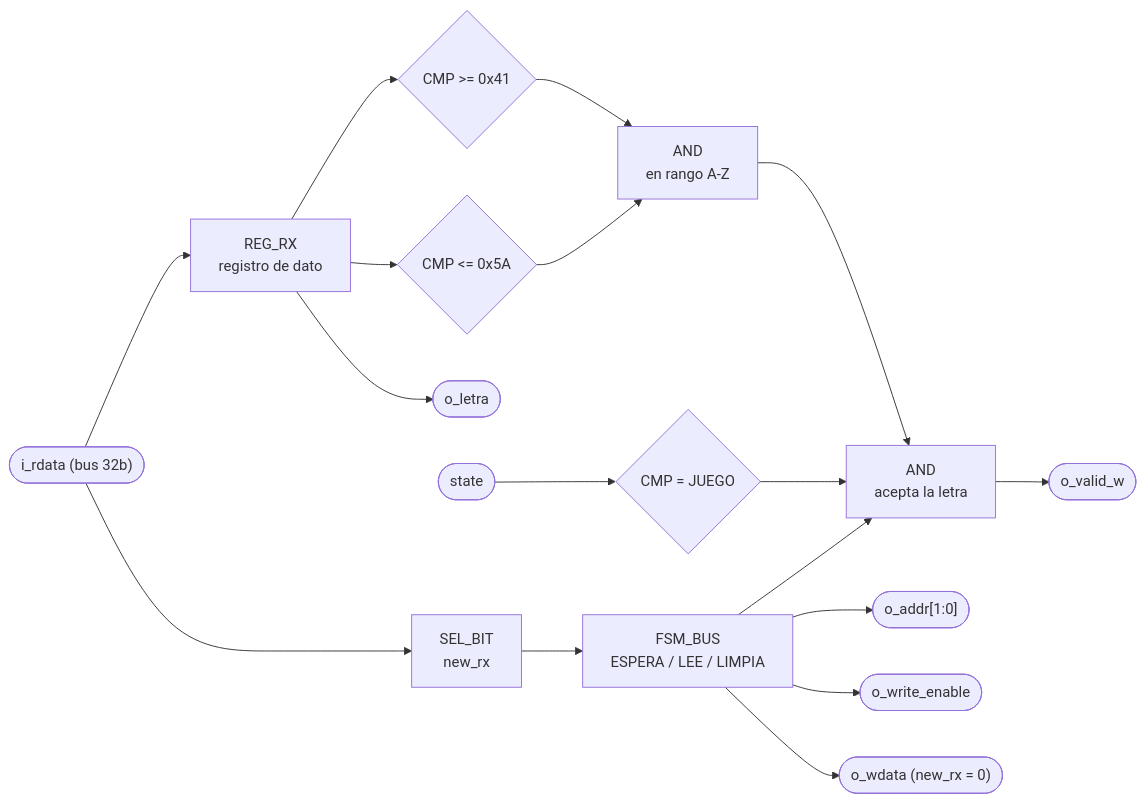
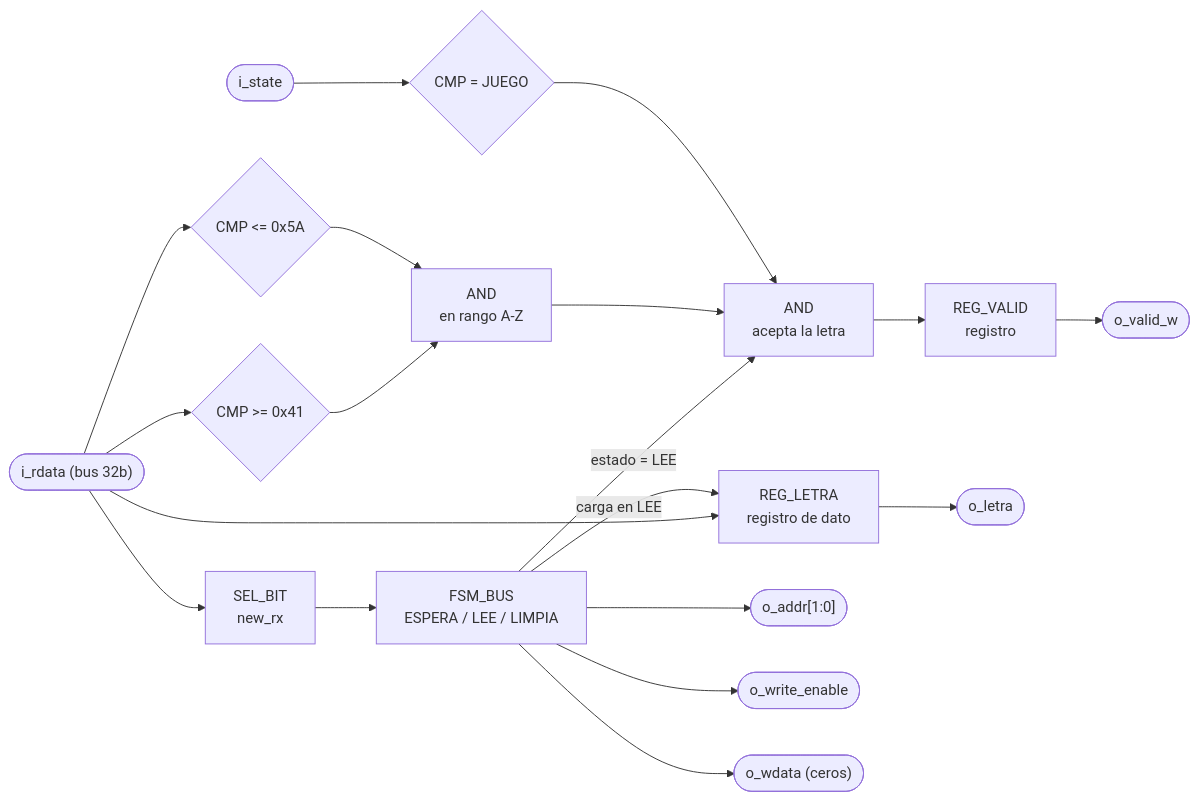
One commit to Taller-de-diseno-digital-GR01/Proyecto-2-Ahorcado changed the second of 2 diagrams in docs/diseño/modulos/M10_Receptor-UART.md. Above: the diagram before and after it, drawn with Mermaid. The commit also changed other lines of this file, not shown here.

````diff
--- a/docs/diseño/modulos/M10_Receptor-UART.md
+++ b/docs/diseño/modulos/M10_Receptor-UART.md
@@ -143,24 +178,26 @@
 ```mermaid
 flowchart LR
-    BUS(["i_rdata (bus 32b)"]) --> REG_RX["REG_RX<br/>registro de dato"]
+    BUS(["i_rdata (bus 32b)"]) --> REG_RX["REG_LETRA<br/>registro de dato"]
     BUS --> BIT_NRX["SEL_BIT<br/>new_rx"]
 
-    REG_RX --> CMP_LO{"CMP >= 0x41"}
-    REG_RX --> CMP_HI{"CMP <= 0x5A"}
+    BUS --> CMP_LO{"CMP >= 0x41"}
+    BUS --> CMP_HI{"CMP <= 0x5A"}
     CMP_LO --> AND_RNG["AND<br/>en rango A-Z"]
     CMP_HI --> AND_RNG
 
-    ST(["state"]) --> CMP_JG{"CMP = JUEGO"}
+    ST(["i_state"]) --> CMP_JG{"CMP = JUEGO"}
 
     BIT_NRX --> FSM_BUS["FSM_BUS<br/>ESPERA / LEE / LIMPIA"]
-    FSM_BUS --> AND_VAL["AND<br/>acepta la letra"]
+    FSM_BUS -->|"estado = LEE"| AND_VAL["AND<br/>acepta la letra"]
     AND_RNG --> AND_VAL
     CMP_JG --> AND_VAL
+    FSM_BUS -->|"carga en LEE"| REG_RX
 
-    AND_VAL --> OUT_VW(["o_valid_w"])
+    AND_VAL --> REG_VW["REG_VALID<br/>registro"]
+    REG_VW --> OUT_VW(["o_valid_w"])
     REG_RX --> OUT_LETRA(["o_letra"])
 
     FSM_BUS --> OUT_ADDR(["o_addr[1:0]"])
     FSM_BUS --> OUT_WE(["o_write_enable"])
-    FSM_BUS --> OUT_WD(["o_wdata (new_rx = 0)"])
+    FSM_BUS --> OUT_WD(["o_wdata (ceros)"])
 ```
````
